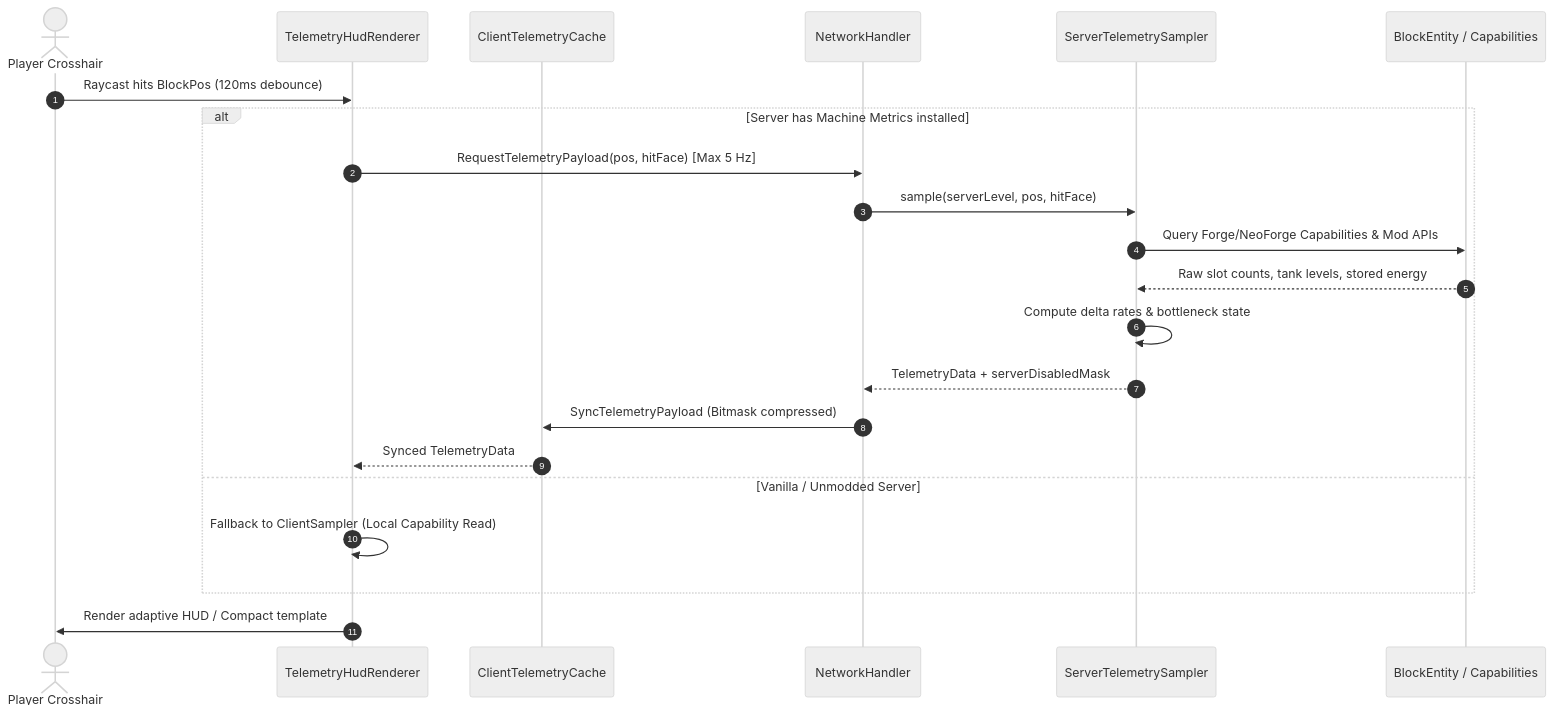
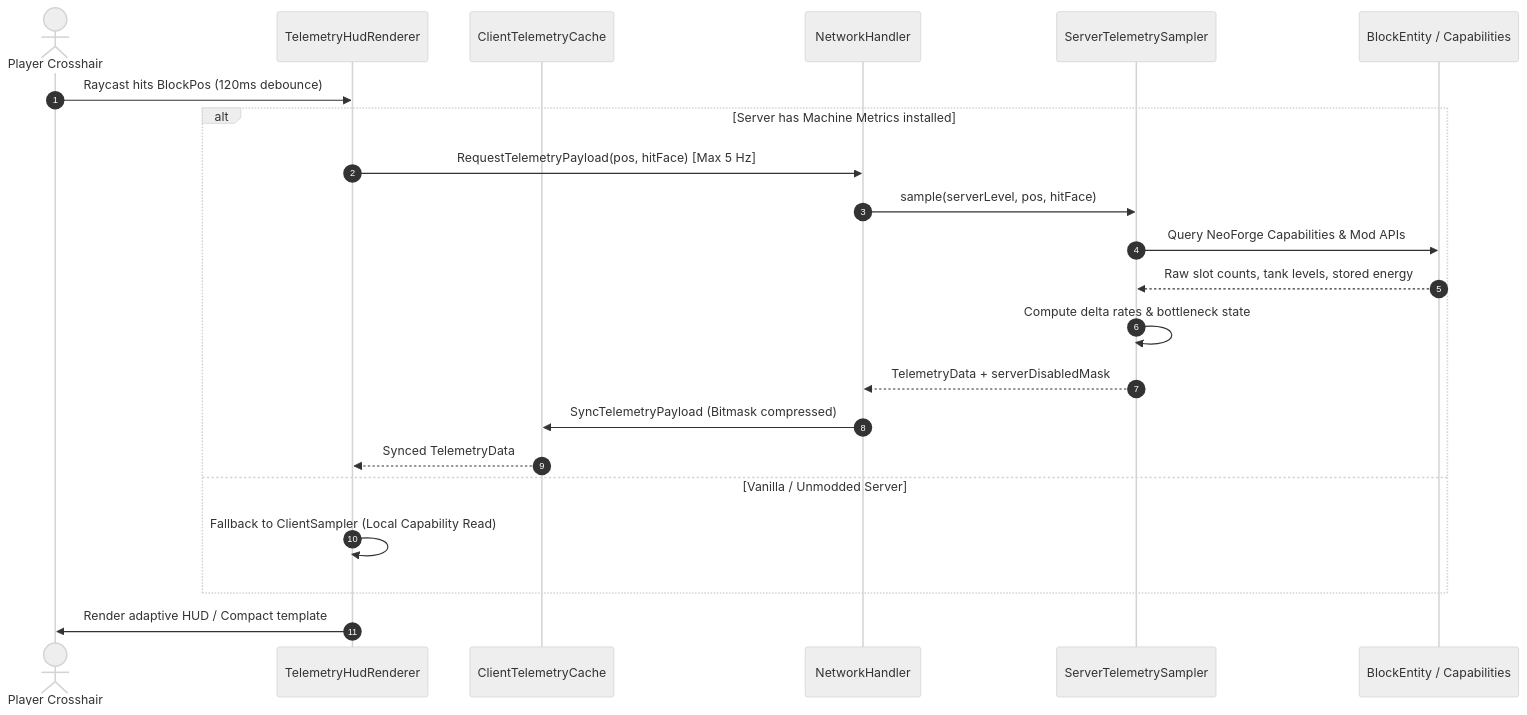
The first of 3 diagrams in docs/data-flow.md (alikuxac/MachineMetrics), drawn with Mermaid (neutral theme) before and after one commit. The commit also changed other lines of this file and 46 other files, not shown here.

````diff
--- a/docs/data-flow.md
+++ b/docs/data-flow.md
@@ -9,25 +9,25 @@
 ```mermaid
 sequenceDiagram
     autonumber
     actor Player as Player Crosshair
     participant ClientHUD as TelemetryHudRenderer
     participant ClientCache as ClientTelemetryCache
     participant Net as NetworkHandler
     participant Sampler as ServerTelemetrySampler
     participant Block as BlockEntity / Capabilities
 
     Player->>ClientHUD: Raycast hits BlockPos (120ms debounce)
     alt Server has Machine Metrics installed
         ClientHUD->>Net: RequestTelemetryPayload(pos, hitFace) [Max 5 Hz]
         Net->>Sampler: sample(serverLevel, pos, hitFace)
-        Sampler->>Block: Query Forge/NeoForge Capabilities & Mod APIs
+        Sampler->>Block: Query NeoForge Capabilities & Mod APIs
         Block-->>Sampler: Raw slot counts, tank levels, stored energy
         Sampler->>Sampler: Compute delta rates & bottleneck state
         Sampler-->>Net: TelemetryData + serverDisabledMask
         Net->>ClientCache: SyncTelemetryPayload (Bitmask compressed)
         ClientCache-->>ClientHUD: Synced TelemetryData
     else Vanilla / Unmodded Server
         ClientHUD->>ClientHUD: Fallback to ClientSampler (Local Capability Read)
     end
     ClientHUD->>Player: Render adaptive HUD / Compact template
 ```
````
